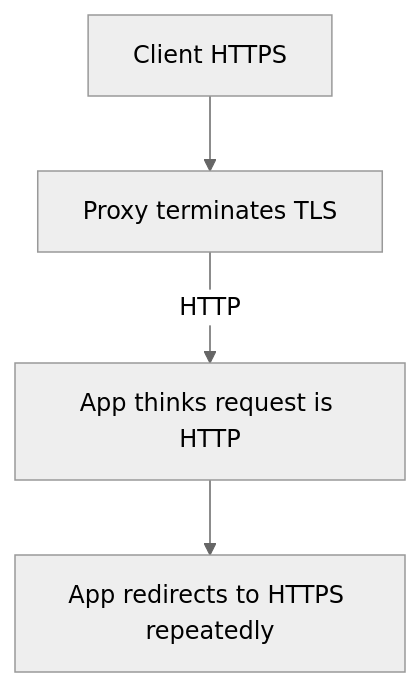
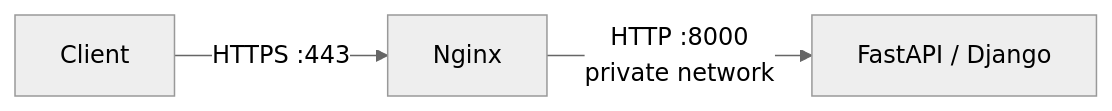
One commit to AvadhBhalodiya/Interview-Preparation changed the fifth of 5 diagrams in src/content/security/https-tls-basics.md. Above: the diagram before and after it, drawn with Mermaid (neutral theme). The commit also changed other lines of this file and 54 other files, not shown here.

````diff
--- a/src/content/security/https-tls-basics.md
+++ b/src/content/security/https-tls-basics.md
@@ -1406,6 +368,5 @@
 ```mermaid
-flowchart TD
-    A[Client HTTPS] --> B[Proxy terminates TLS]
-    B -->|HTTP| C[App thinks request is HTTP]
-    C --> D[App redirects to HTTPS repeatedly]
+flowchart LR
+    C[Client] -->|HTTPS :443| N[Nginx]
+    N -->|HTTP :8000<br/>private network| A[FastAPI / Django]
 ```
````
